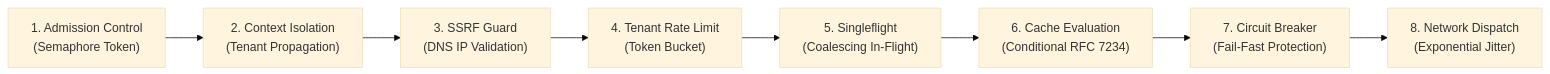
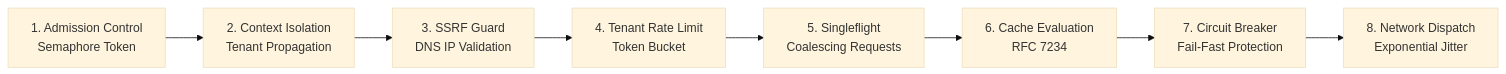
Before and after one commit to Chief-Strategist-J/auth: the tenth of 12 diagrams in adr/0011-api-key-engine-ttl-revocation-and-transactional-mailer.md, drawn with Mermaid (base theme). The commit also changed other lines of this file, not shown here.

Commit message:
fix(docs): replace erDiagram with flowchart and remove all literal newline escapes

````diff
--- a/adr/0011-api-key-engine-ttl-revocation-and-transactional-mailer.md
+++ b/adr/0011-api-key-engine-ttl-revocation-and-transactional-mailer.md
@@ -555,10 +555,10 @@
 ```mermaid
 flowchart LR
-    P1["1. Admission Control\n(Semaphore Token)"] --> P2["2. Context Isolation\n(Tenant Propagation)"]
-    P2 --> P3["3. SSRF Guard\n(DNS IP Validation)"]
-    P3 --> P4["4. Tenant Rate Limit\n(Token Bucket)"]
-    P4 --> P5["5. Singleflight\n(Coalescing In-Flight)"]
-    P5 --> P6["6. Cache Evaluation\n(Conditional RFC 7234)"]
-    P6 --> P7["7. Circuit Breaker\n(Fail-Fast Protection)"]
-    P7 --> P8["8. Network Dispatch\n(Exponential Jitter)"]
+    P1["1. Admission Control<br/>Semaphore Token"] --> P2["2. Context Isolation<br/>Tenant Propagation"]
+    P2 --> P3["3. SSRF Guard<br/>DNS IP Validation"]
+    P3 --> P4["4. Tenant Rate Limit<br/>Token Bucket"]
+    P4 --> P5["5. Singleflight<br/>Coalescing Requests"]
+    P5 --> P6["6. Cache Evaluation<br/>RFC 7234"]
+    P6 --> P7["7. Circuit Breaker<br/>Fail-Fast Protection"]
+    P7 --> P8["8. Network Dispatch<br/>Exponential Jitter"]
 ```
````
